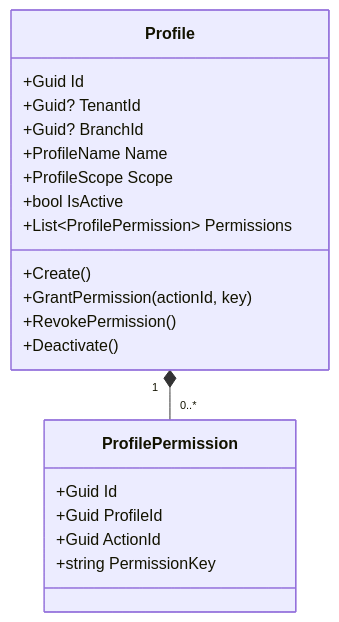
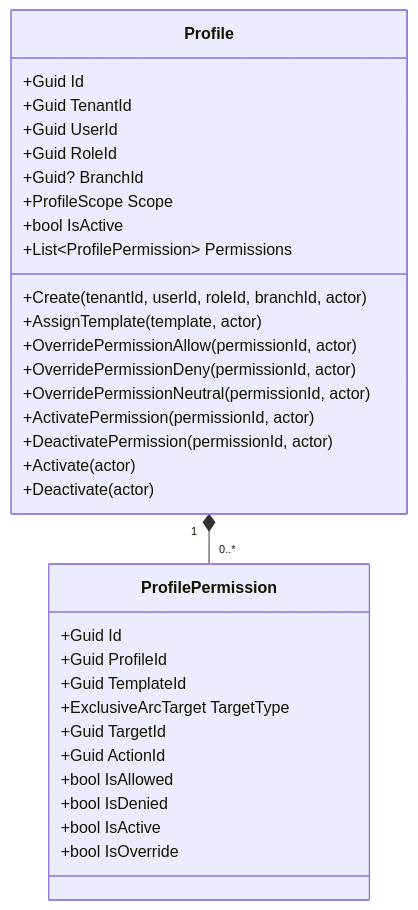
The first of 4 diagrams in docs/domain/authorization/profile.md (beyondnetcode/ums), drawn with Mermaid before and after one commit. The commit also changed other lines of this file and 19 other files, not shown here.

````diff
--- a/docs/domain/authorization/profile.md
+++ b/docs/domain/authorization/profile.md
@@ -82,24 +90,36 @@
 ```mermaid
 classDiagram
     direction TB
     class Profile {
         +Guid Id
-        +Guid? TenantId
+        +Guid TenantId
+        +Guid UserId
+        +Guid RoleId
         +Guid? BranchId
-        +ProfileName Name
         +ProfileScope Scope
         +bool IsActive
         +List~ProfilePermission~ Permissions
-        +Create()
-        +GrantPermission(actionId, key)
-        +RevokePermission()
-        +Deactivate()
+        +Create(tenantId, userId, roleId, branchId, actor)
+        +AssignTemplate(template, actor)
+        +OverridePermissionAllow(permissionId, actor)
+        +OverridePermissionDeny(permissionId, actor)
+        +OverridePermissionNeutral(permissionId, actor)
+        +ActivatePermission(permissionId, actor)
+        +DeactivatePermission(permissionId, actor)
+        +Activate(actor)
+        +Deactivate(actor)
     }
     class ProfilePermission {
         +Guid Id
         +Guid ProfileId
+        +Guid TemplateId
+        +ExclusiveArcTarget TargetType
+        +Guid TargetId
         +Guid ActionId
-        +string PermissionKey
+        +bool IsAllowed
+        +bool IsDenied
+        +bool IsActive
+        +bool IsOverride
     }
     Profile "1" *-- "0..*" ProfilePermission
 ```
````
